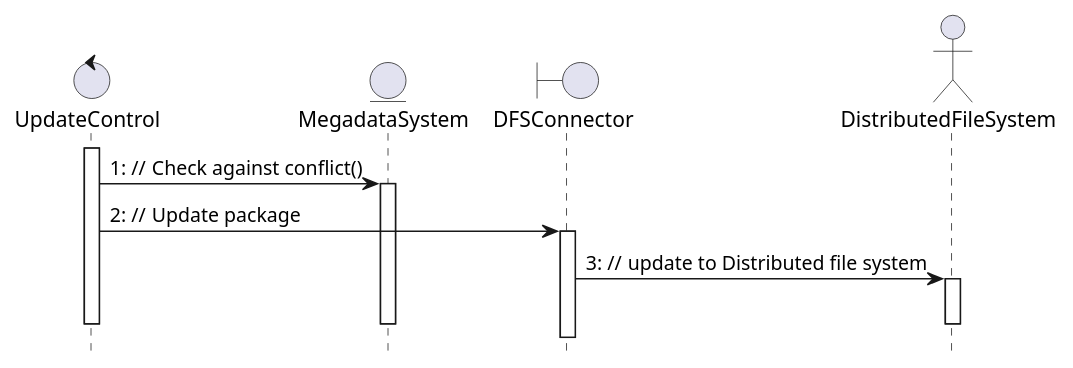
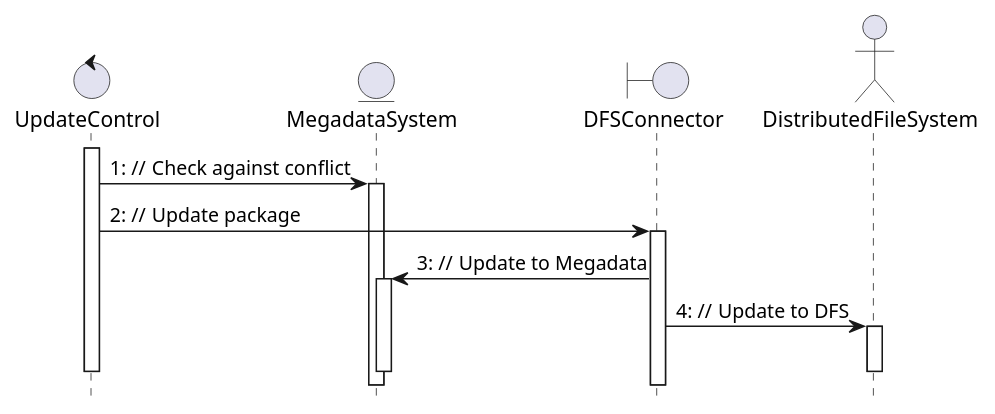
The fifth of 6 diagrams in source/solution/use-case-analysis.rst (McSinyx/ipppi), drawn with PlantUML before and after one commit. The commit also changed other lines of this file, not shown here.

```diff
--- a/source/solution/use-case-analysis.rst
+++ b/source/solution/use-case-analysis.rst
@@ -138,18 +138,19 @@
 .. uml::
 
    autonumber "#: //"
    autoactivate on
    hide footbox
 
    control UpdateControl    
    entity MegadataSystem 
    boundary DFSConnector
    actor DistributedFileSystem
    
    activate UpdateControl
-   UpdateControl -> MegadataSystem : Check against conflict()
+   UpdateControl -> MegadataSystem : Check against conflict
    UpdateControl -> DFSConnector : Update package
-   DFSConnector -> DistributedFileSystem :update to Distributed file system
+   DFSConnector -> MegadataSystem : Update to Megadata 
+   DFSConnector -> DistributedFileSystem :Update to DFS
    deactivate MegadataSystem
    deactivate UpdateControl
    deactivate DistributedFileSystem
```
